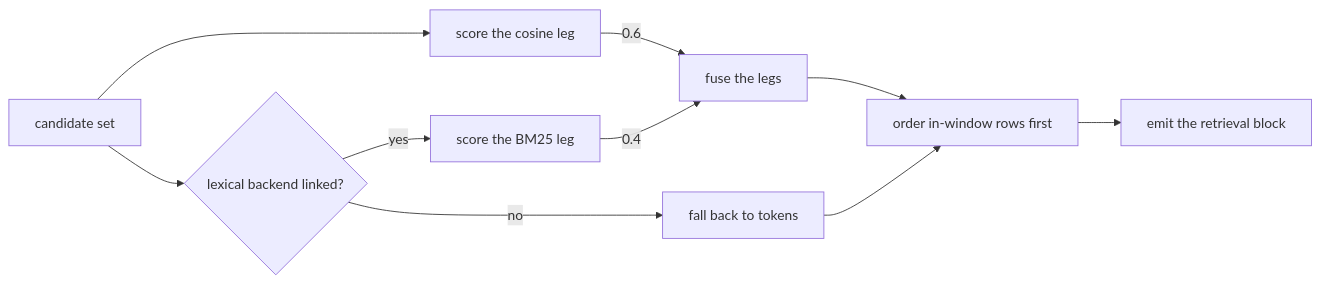
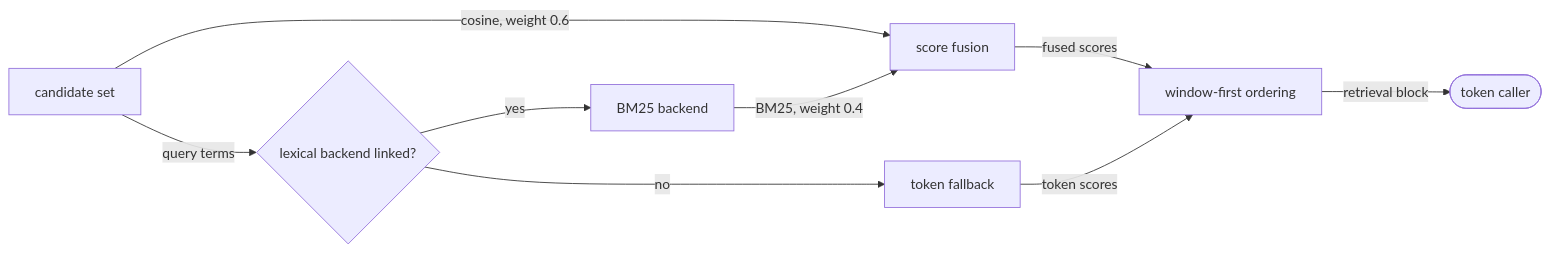
Before and after one commit to fractalboxdev/contextful: the fourth of 5 diagrams in spec/20-read.md, drawn with Mermaid. The commit also changed other lines of this file and 31 other files, not shown here.

First line of the commit message:
spec: every diagram draws things as nodes and what flows as labelled edges

````diff
--- a/spec/20-read.md
+++ b/spec/20-read.md
@@ -264,12 +254,11 @@
 ```mermaid
 flowchart LR
-  C["candidate set"] --> V["score the cosine leg"]
-  C --> L{"lexical backend linked?"}
-  L -- "yes" --> B["score the BM25 leg"]
-  L -- "no" --> TF["fall back to tokens"]
-  V -- "0.6" --> FU["fuse the legs"]
-  B -- "0.4" --> FU
-  FU --> ORD["order in-window rows first"]
-  TF --> ORD
-  ORD --> BLK["emit the retrieval block"]
+  C["candidate set"] -->|"cosine, weight 0.6"| FU["score fusion"]
+  C -->|"query terms"| L{"lexical backend linked?"}
+  L -->|"yes"| B["BM25 backend"]
+  L -->|"no"| TF["token fallback"]
+  B -->|"BM25, weight 0.4"| FU
+  FU -->|"fused scores"| ORD["window-first ordering"]
+  TF -->|"token scores"| ORD
+  ORD -->|"retrieval block"| OUT(["token caller"])
 ```
````
